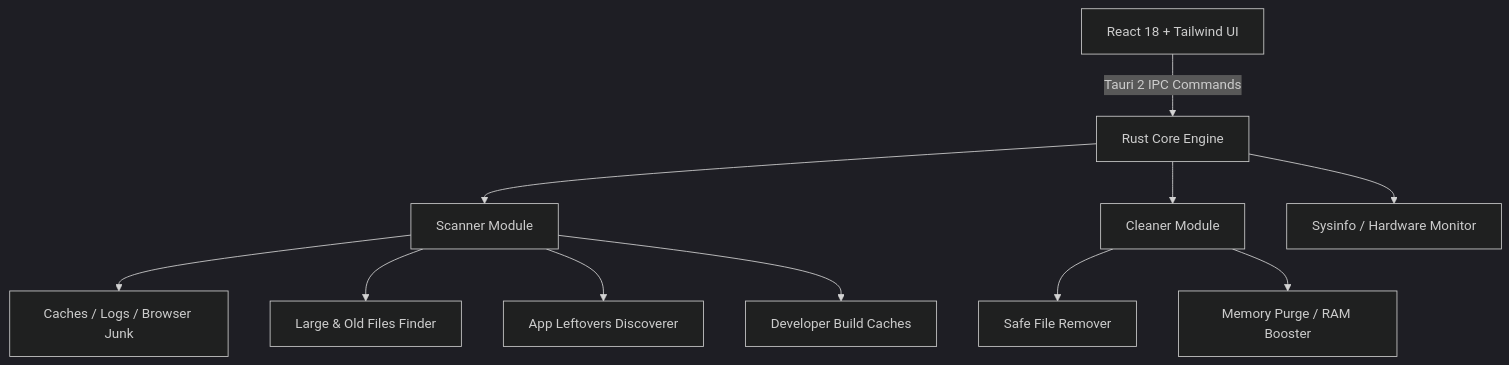
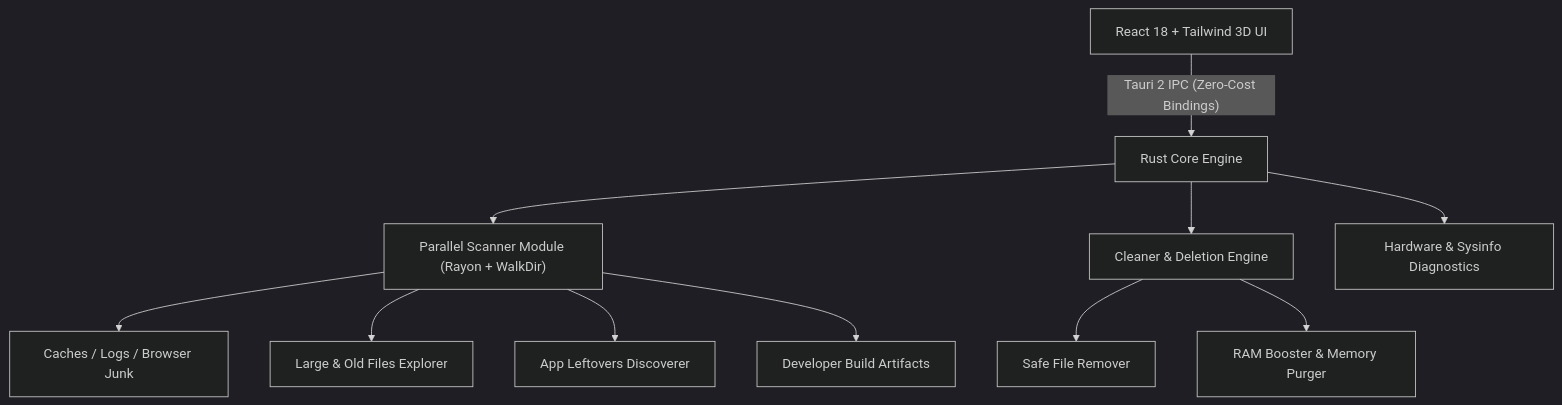
One commit to uchitchakma/myOSCleaner changed the diagram in README.md. Above: the diagram before and after it, drawn with Mermaid (dark theme). The commit also changed other lines of this file and 3 other files, not shown here.

````diff
--- a/README.md
+++ b/README.md
@@ -71,13 +121,13 @@
 ```mermaid
 graph TD
-  A[React 18 + Tailwind UI] -->|Tauri 2 IPC Commands| B[Rust Core Engine]
-  B --> C[Scanner Module]
-  B --> D[Cleaner Module]
-  B --> E[Sysinfo / Hardware Monitor]
-  C --> F[Caches / Logs / Browser Junk]
-  C --> G[Large & Old Files Finder]
-  C --> H[App Leftovers Discoverer]
-  C --> I[Developer Build Caches]
-  D --> J[Safe File Remover]
-  D --> K[Memory Purge / RAM Booster]
+  A["React 18 + Tailwind 3D UI"] -->|"Tauri 2 IPC (Zero-Cost Bindings)"| B["Rust Core Engine"]
+  B --> C["Parallel Scanner Module (Rayon + WalkDir)"]
+  B --> D["Cleaner & Deletion Engine"]
+  B --> E["Hardware & Sysinfo Diagnostics"]
+  C --> F["Caches / Logs / Browser Junk"]
+  C --> G["Large & Old Files Explorer"]
+  C --> H["App Leftovers Discoverer"]
+  C --> I["Developer Build Artifacts"]
+  D --> J["Safe File Remover"]
+  D --> K["RAM Booster & Memory Purger"]
 ```
````
